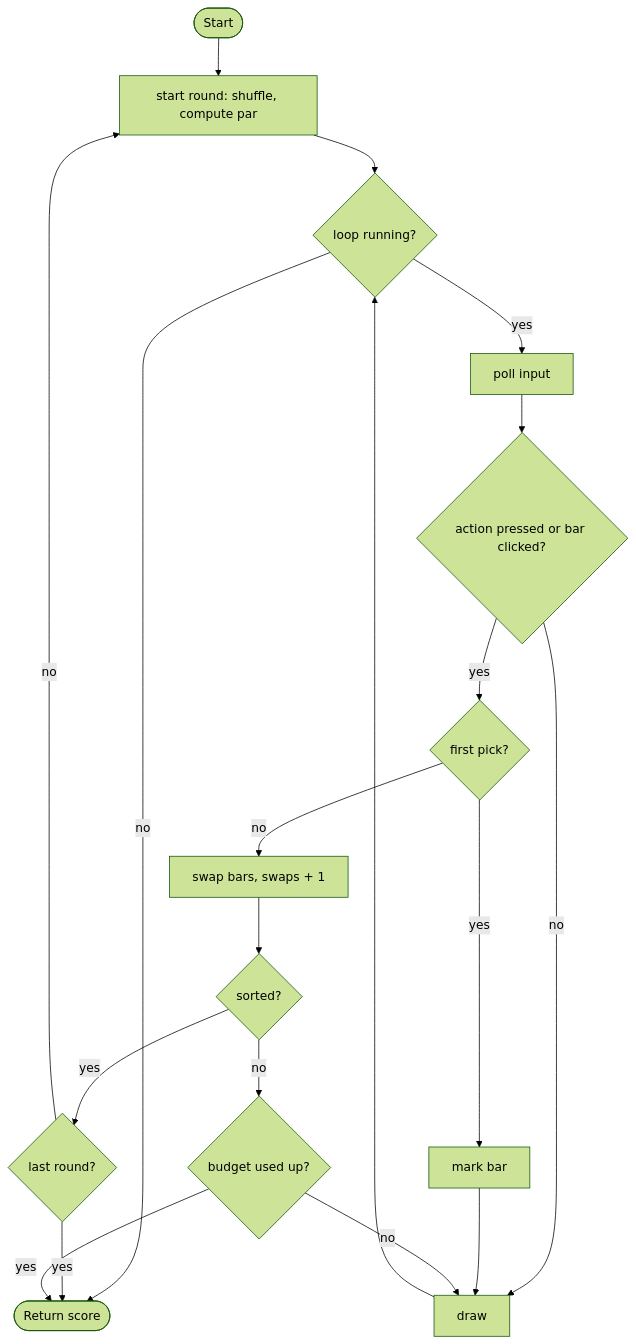
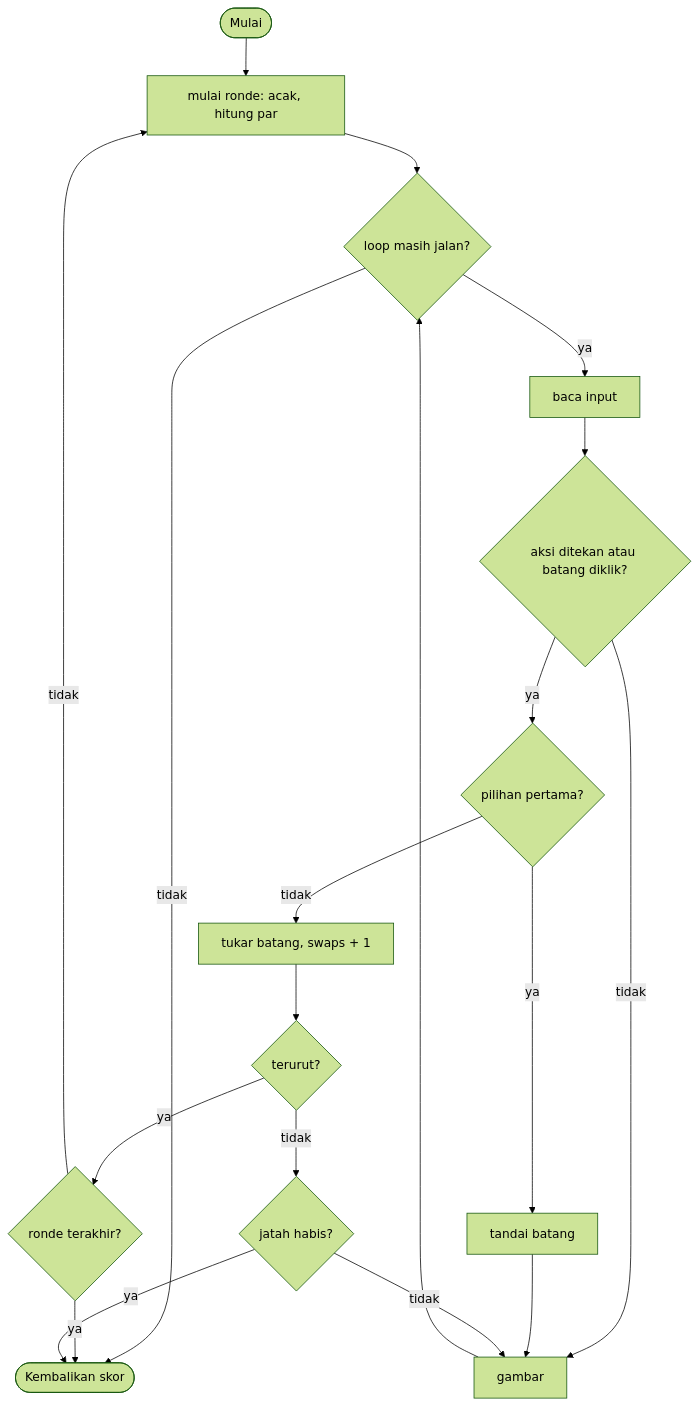
The diagram in games/sort_it/GAME.md (zaxx-q/arCade), drawn with Mermaid (forest theme) before and after one commit. The commit also changed other lines of this file and 19 other files, not shown here.

````diff
--- a/games/sort_it/GAME.md
+++ b/games/sort_it/GAME.md
@@ -37,19 +164,19 @@
 ```mermaid
 flowchart TD
-    A([Start]) --> B[start round: shuffle, compute par]
-    B --> C{loop running?}
-    C -- no --> Z([Return score])
-    C -- yes --> D[poll input]
-    D --> E{action pressed or bar clicked?}
-    E -- no --> L[draw] --> C
-    E -- yes --> F{first pick?}
-    F -- yes --> G[mark bar] --> L
-    F -- no --> H[swap bars, swaps + 1]
-    H --> I{sorted?}
-    I -- yes --> J{last round?}
-    J -- yes --> Z
-    J -- no --> B
-    I -- no --> K{budget used up?}
-    K -- yes --> Z
-    K -- no --> L
+    A([Mulai]) --> B["mulai ronde: acak, hitung par"]
+    B --> C{"loop masih jalan?"}
+    C -- tidak --> Z([Kembalikan skor])
+    C -- ya --> D[baca input]
+    D --> E{"aksi ditekan atau batang diklik?"}
+    E -- tidak --> L[gambar] --> C
+    E -- ya --> F{"pilihan pertama?"}
+    F -- ya --> G[tandai batang] --> L
+    F -- tidak --> H["tukar batang, swaps + 1"]
+    H --> I{"terurut?"}
+    I -- ya --> J{"ronde terakhir?"}
+    J -- ya --> Z
+    J -- tidak --> B
+    I -- tidak --> K{"jatah habis?"}
+    K -- ya --> Z
+    K -- tidak --> L
 ```
````
